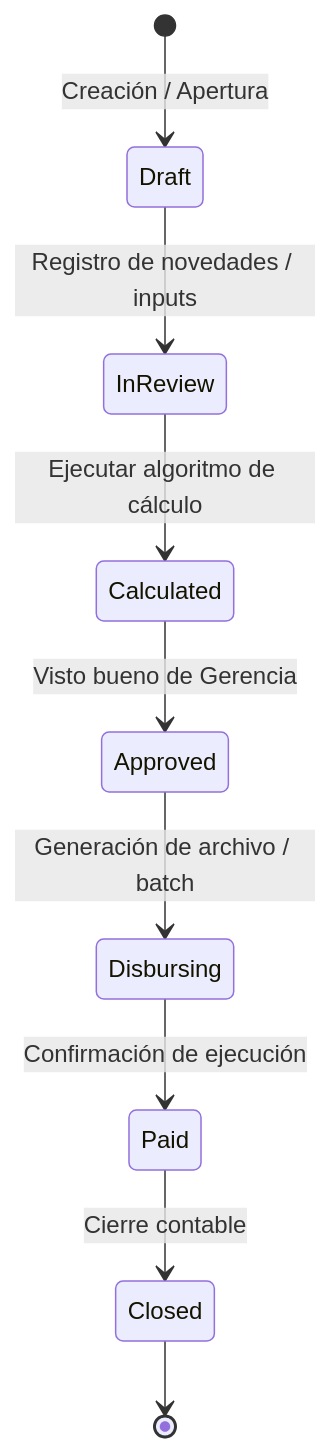
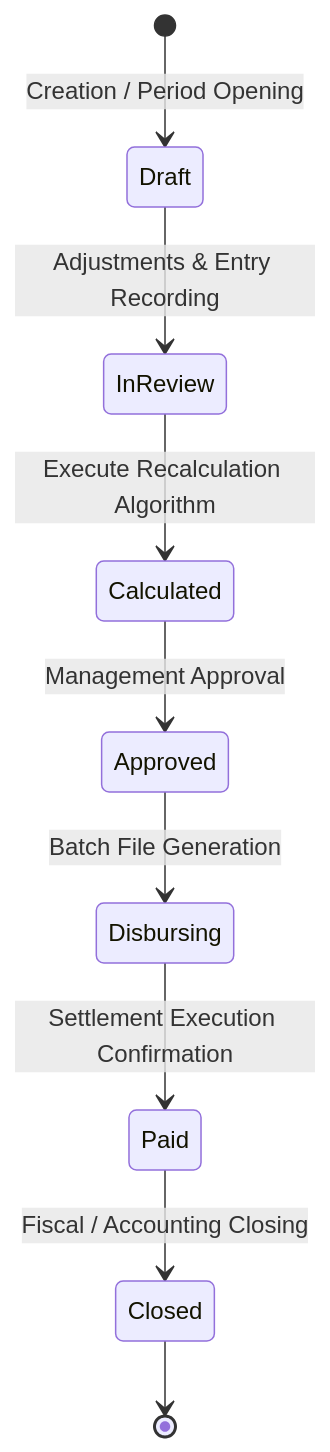
Before and after one commit to JeremyJS20/sdd-standard-light: the first of 3 diagrams in core/templates/module-documentation-template.md, drawn with Mermaid. The commit also changed other lines of this file and 8 other files, not shown here.

````diff
--- a/core/templates/module-documentation-template.md
+++ b/core/templates/module-documentation-template.md
@@ -42,11 +42,11 @@
 ```mermaid
 stateDiagram-v2
-    [*] --> Draft : Creación / Apertura
-    Draft --> InReview : Registro de novedades / inputs
-    InReview --> Calculated : Ejecutar algoritmo de cálculo
-    Calculated --> Approved : Visto bueno de Gerencia
-    Approved --> Disbursing : Generación de archivo / batch
-    Disbursing --> Paid : Confirmación de ejecución
-    Paid --> Closed : Cierre contable
+    [*] --> Draft : Creation / Period Opening
+    Draft --> InReview : Adjustments & Entry Recording
+    InReview --> Calculated : Execute Recalculation Algorithm
+    Calculated --> Approved : Management Approval
+    Approved --> Disbursing : Batch File Generation
+    Disbursing --> Paid : Settlement Execution Confirmation
+    Paid --> Closed : Fiscal / Accounting Closing
     Closed --> [*]
 ```
````
